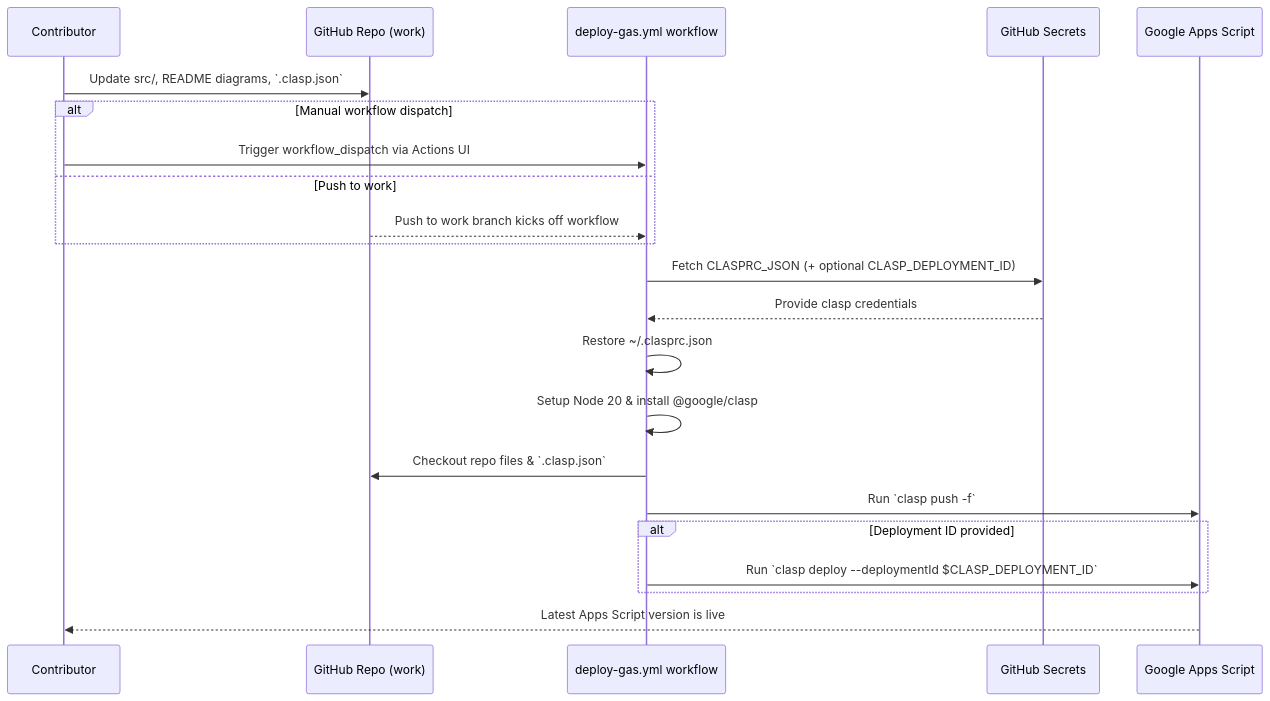
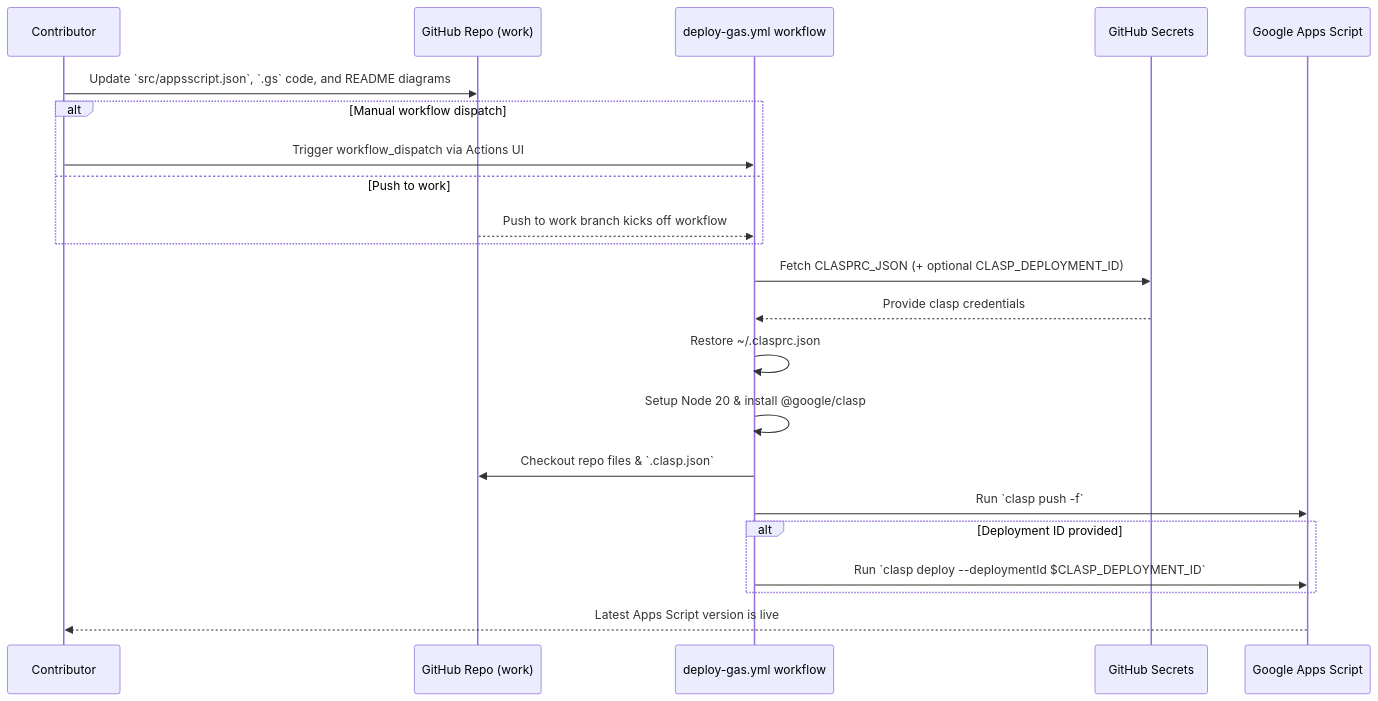
The third of 5 diagrams in README.md (muyueh/test-clasp), drawn with Mermaid before and after one commit. The commit also changed other lines of this file and 2 other files, not shown here.

Commit message:
Add Apps Script manifest and sample code

````diff
--- a/README.md
+++ b/README.md
@@ -43,24 +45,24 @@
 ```mermaid
 sequenceDiagram
     participant Dev as Contributor
     participant Repo as GitHub Repo (work)
     participant CI as deploy-gas.yml workflow
     participant Secrets as GitHub Secrets
     participant GAS as Google Apps Script
-    Dev->>Repo: Update src/, README diagrams, `.clasp.json`
+    Dev->>Repo: Update `src/appsscript.json`, `.gs` code, and README diagrams
     alt Manual workflow dispatch
         Dev->>CI: Trigger workflow_dispatch via Actions UI
     else Push to work
         Repo-->>CI: Push to work branch kicks off workflow
     end
     CI->>Secrets: Fetch CLASPRC_JSON (+ optional CLASP_DEPLOYMENT_ID)
     Secrets-->>CI: Provide clasp credentials
     CI->>CI: Restore ~/.clasprc.json
     CI->>CI: Setup Node 20 & install @google/clasp
     CI->>Repo: Checkout repo files & `.clasp.json`
     CI->>GAS: Run `clasp push -f`
     alt Deployment ID provided
         CI->>GAS: Run `clasp deploy --deploymentId $CLASP_DEPLOYMENT_ID`
     end
     GAS-->>Dev: Latest Apps Script version is live
 ```
````
